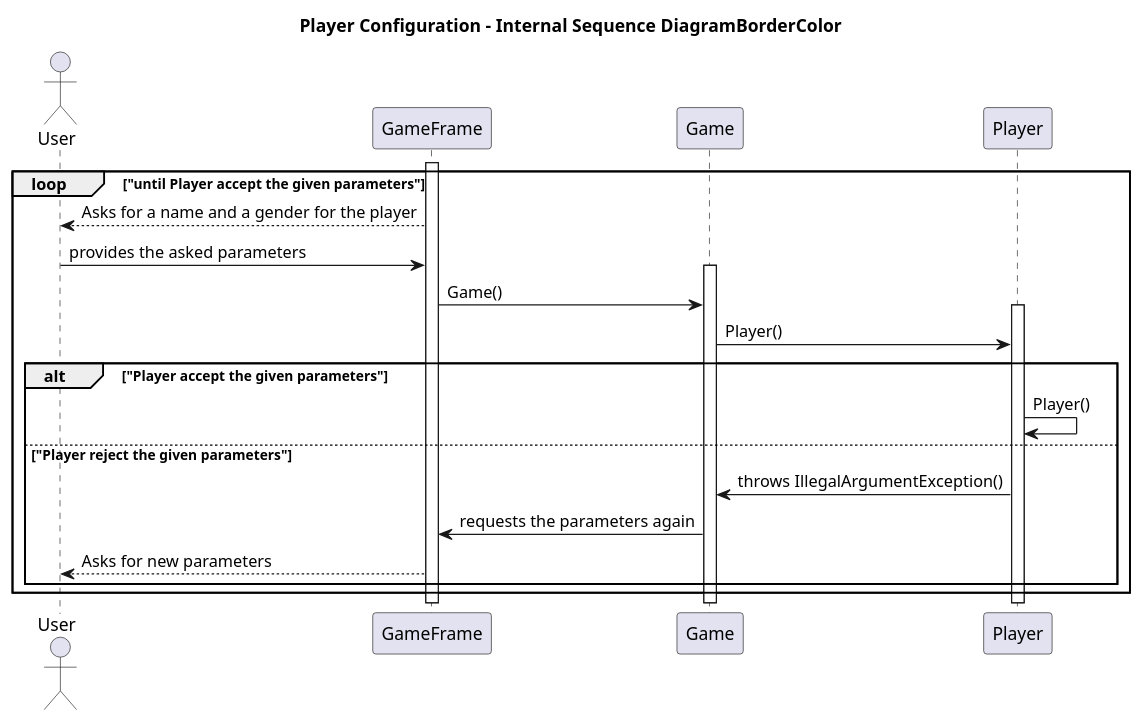
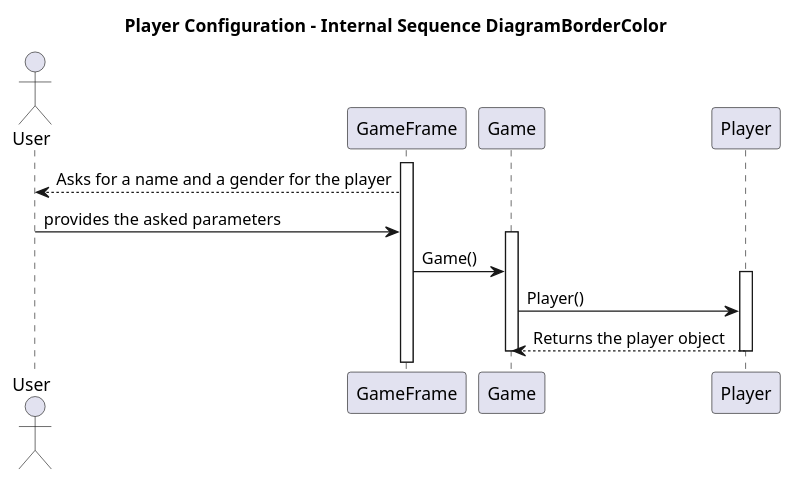
One commit to nardib/TextAdventure changed the diagram in docs/uml/PlayerConfigurationInternalSequenceDiagram.plantuml. Above: the diagram before and after it, drawn with PlantUML. The commit also changed 6 other files, not shown here.

Commit message:
setted up the section for the system test report and added a few diagrams in the readme

```diff
--- a/docs/uml/PlayerConfigurationInternalSequenceDiagram.plantuml
+++ b/docs/uml/PlayerConfigurationInternalSequenceDiagram.plantuml
@@ -1,29 +1,24 @@
 @startuml Player Configuration
 
 title Player Configuration - Internal Sequence DiagramBorderColor
 
 actor User
 participant GameFrame
 participant Game
 participant Player
 
 activate GameFrame
-loop "until Player accept the given parameters"
-    GameFrame --> User: Asks for a name and a gender for the player
-    User -> GameFrame : provides the asked parameters
+GameFrame --> User: Asks for a name and a gender for the player
+User -> GameFrame : provides the asked parameters
 
-    activate Game
-    GameFrame -> Game: Game()
+activate Game
+GameFrame -> Game: Game()
 
-    activate Player
-    Game -> Player: Player()
-    alt "Player accept the given parameters"
-        Player -> Player : Player()
-    else "Player reject the given parameters"
-        Player -> Game: throws IllegalArgumentException()
-        Game -> GameFrame: requests the parameters again
-        GameFrame --> User: Asks for new parameters
-    end
-end
+activate Player
+Game -> Player: Player()
+Player --> Game : Returns the player object
+
+deactivate Player
+deactivate Game
 
 @enduml
```
